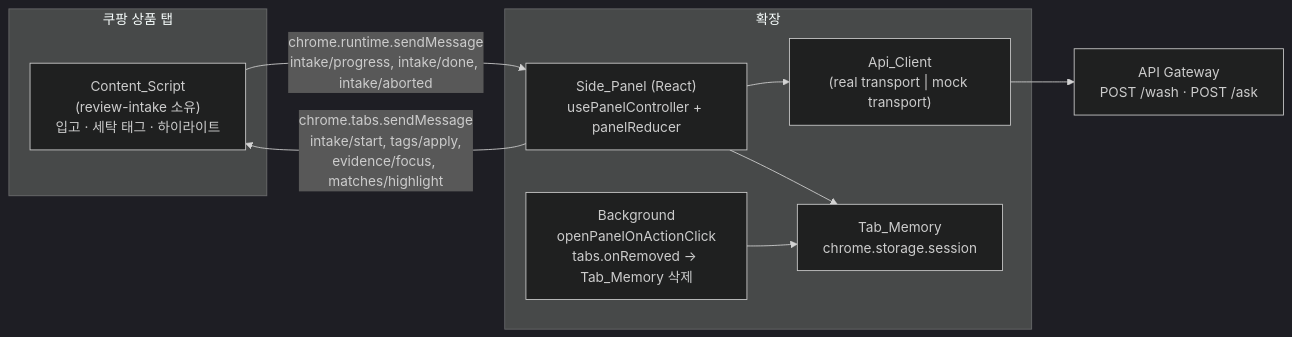
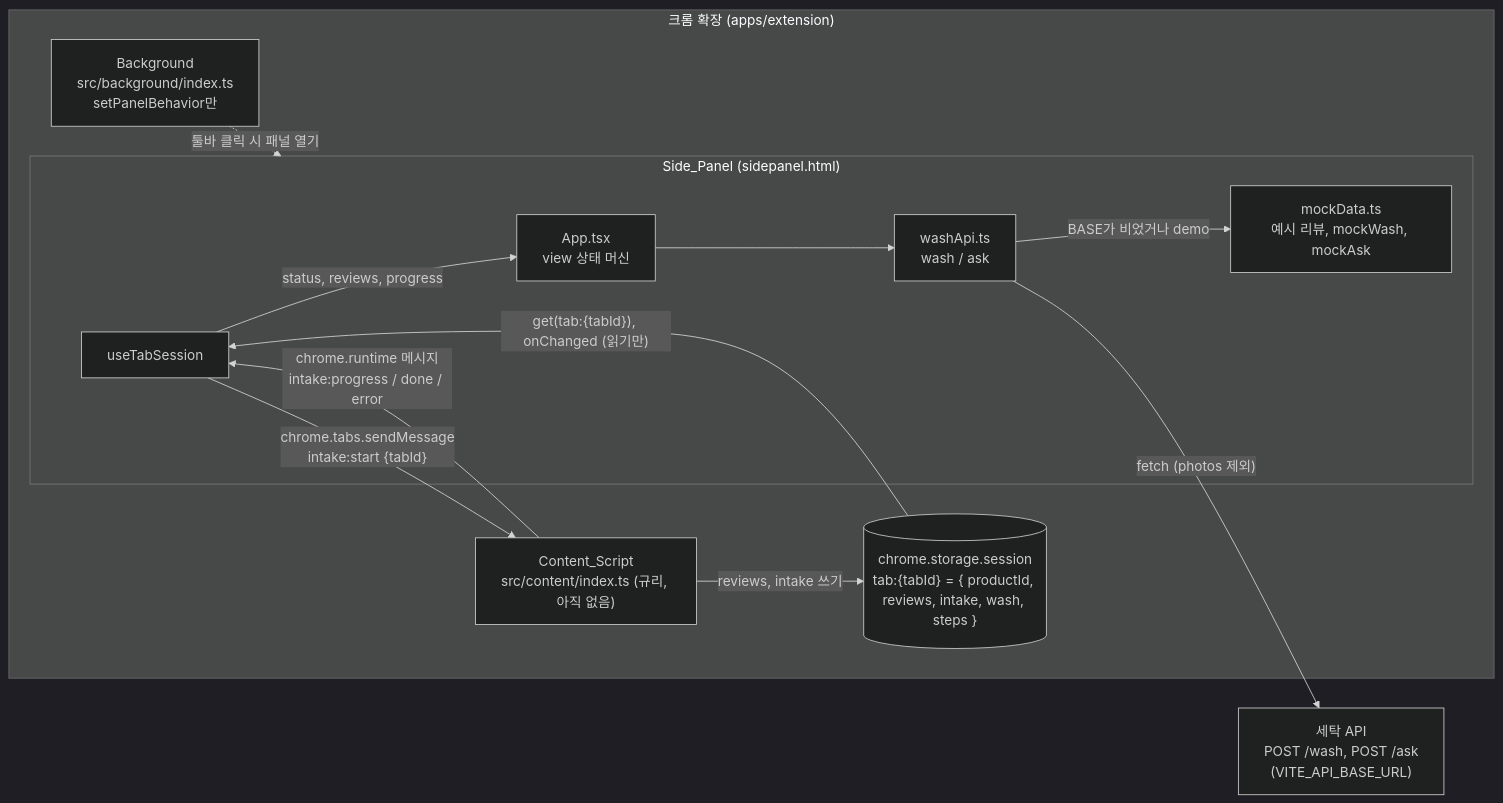
Before and after one commit to beblack127/GyuTam: the diagram in .kiro/specs/side-panel-receipt/design.md, drawn with Mermaid (dark theme). The commit also changed other lines of this file and 1 other file, not shown here.

````diff
--- a/.kiro/specs/side-panel-receipt/design.md
+++ b/.kiro/specs/side-panel-receipt/design.md
@@ -29,19 +36,25 @@
 ```mermaid
 flowchart LR
-  subgraph Page["쿠팡 상품 탭"]
-    CS["Content_Script<br/>(review-intake 소유)<br/>입고 · 세탁 태그 · 하이라이트"]
+  subgraph Chrome["크롬 확장 (apps/extension)"]
+    BG["Background<br/>src/background/index.ts<br/>setPanelBehavior만"]
+    subgraph SP["Side_Panel (sidepanel.html)"]
+      APP["App.tsx<br/>view 상태 머신"]
+      HOOK["useTabSession"]
+      API["washApi.ts<br/>wash / ask"]
+      MOCK["mockData.ts<br/>예시 리뷰, mockWash, mockAsk"]
+    end
+    CS["Content_Script<br/>src/content/index.ts (규리, 아직 없음)"]
+    SS[("chrome.storage.session<br/>tab:{tabId} = { productId, reviews, intake, wash, steps }")]
   end
-  subgraph Ext["확장"]
-    BG["Background<br/>openPanelOnActionClick<br/>tabs.onRemoved → Tab_Memory 삭제"]
-    SP["Side_Panel (React)<br/>usePanelController + panelReducer"]
-    API["Api_Client<br/>(real transport | mock transport)"]
-    TM["Tab_Memory<br/>chrome.storage.session"]
-  end
-  GW["API Gateway<br/>POST /wash · POST /ask"]
+  SRV["세탁 API<br/>POST /wash, POST /ask<br/>(VITE_API_BASE_URL)"]
 
-  SP -- "chrome.tabs.sendMessage<br/>intake/start, tags/apply,<br/>evidence/focus, matches/highlight" --> CS
-  CS -- "chrome.runtime.sendMessage<br/>intake/progress, intake/done, intake/aborted" --> SP
-  SP --> TM
-  BG --> TM
-  SP --> API --> GW
+  BG -. 툴바 클릭 시 패널 열기 .-> SP
+  HOOK -- "chrome.tabs.sendMessage<br/>intake:start {tabId}" --> CS
+  CS -- "chrome.runtime 메시지<br/>intake:progress / done / error" --> HOOK
+  CS -- "reviews, intake 쓰기" --> SS
+  SS -- "get(tab:{tabId}), onChanged (읽기만)" --> HOOK
+  HOOK -- "status, reviews, progress" --> APP
+  APP --> API
+  API -- "fetch (photos 제외)" --> SRV
+  API -- "BASE가 비었거나 demo" --> MOCK
 ```
````
